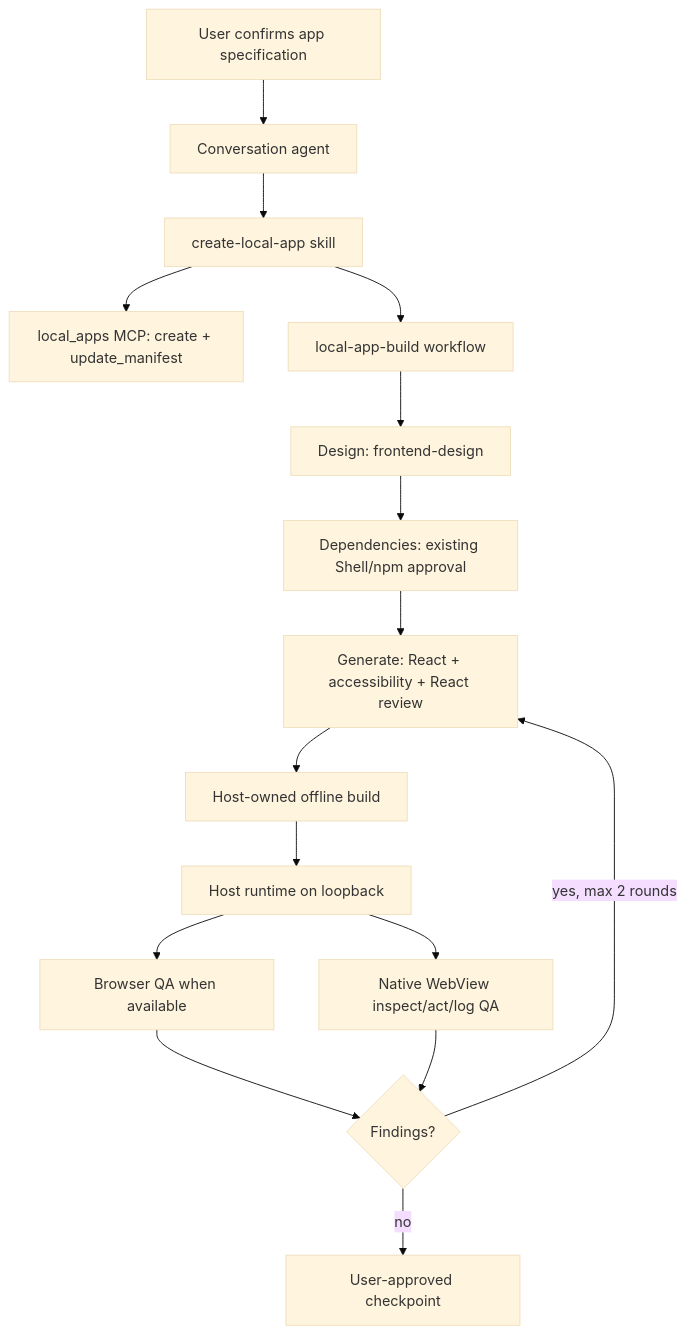
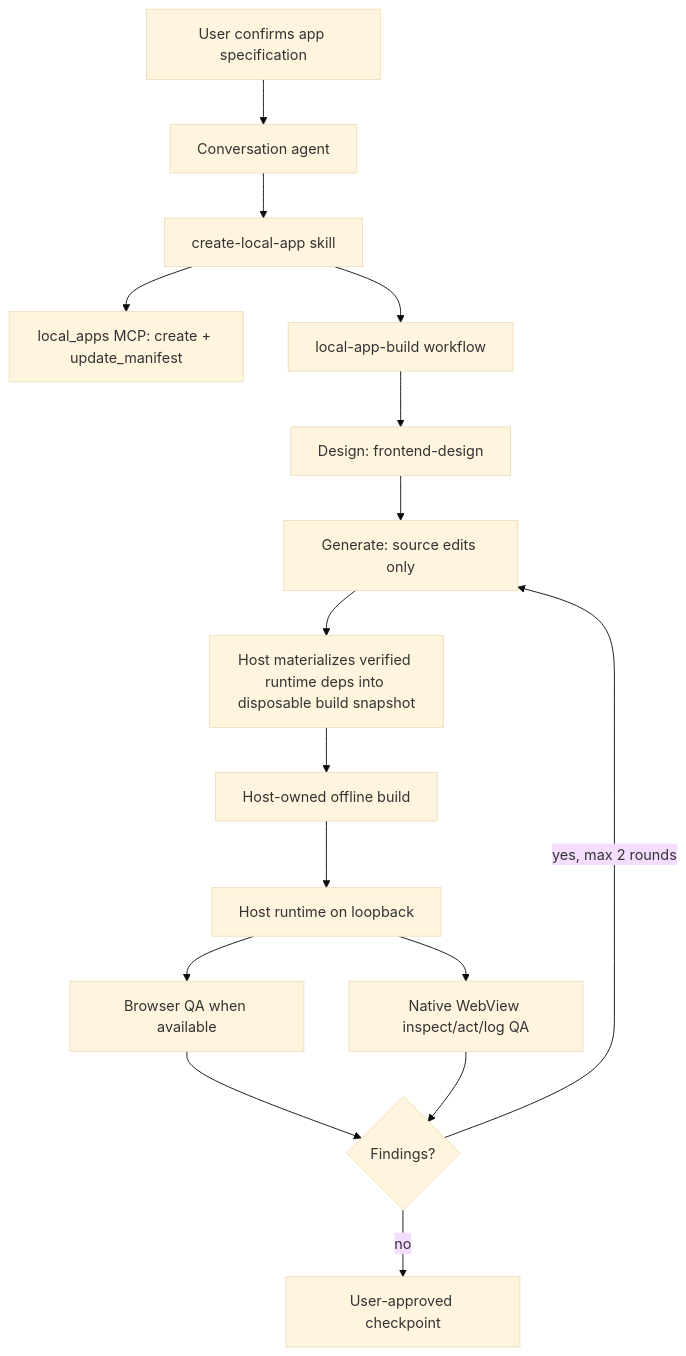
One commit to lingxi-coder/lingxi-app changed the diagram in docs/local-apps/HANDOFF.md. Above: the diagram before and after it, drawn with Mermaid (base theme). The commit also changed other lines of this file and 62 other files, not shown here.

````diff
--- a/docs/local-apps/HANDOFF.md
+++ b/docs/local-apps/HANDOFF.md
@@ -23,18 +23,18 @@
 ```mermaid
 flowchart TD
     U["User confirms app specification"] --> C["Conversation agent"]
     C --> S["create-local-app skill"]
     S --> M["local_apps MCP: create + update_manifest"]
     S --> W["local-app-build workflow"]
     W --> D["Design: frontend-design"]
-    D --> N["Dependencies: existing Shell/npm approval"]
-    N --> G["Generate: React + accessibility + React review"]
-    G --> B["Host-owned offline build"]
+    D --> G["Generate: source edits only"]
+    G --> I["Host materializes verified runtime deps into disposable build snapshot"]
+    I --> B["Host-owned offline build"]
     B --> R["Host runtime on loopback"]
     R --> Q["Browser QA when available"]
     R --> V["Native WebView inspect/act/log QA"]
     Q --> F{"Findings?"}
     V --> F
     F -->|"yes, max 2 rounds"| G
     F -->|"no"| P["User-approved checkpoint"]
 ```
````
